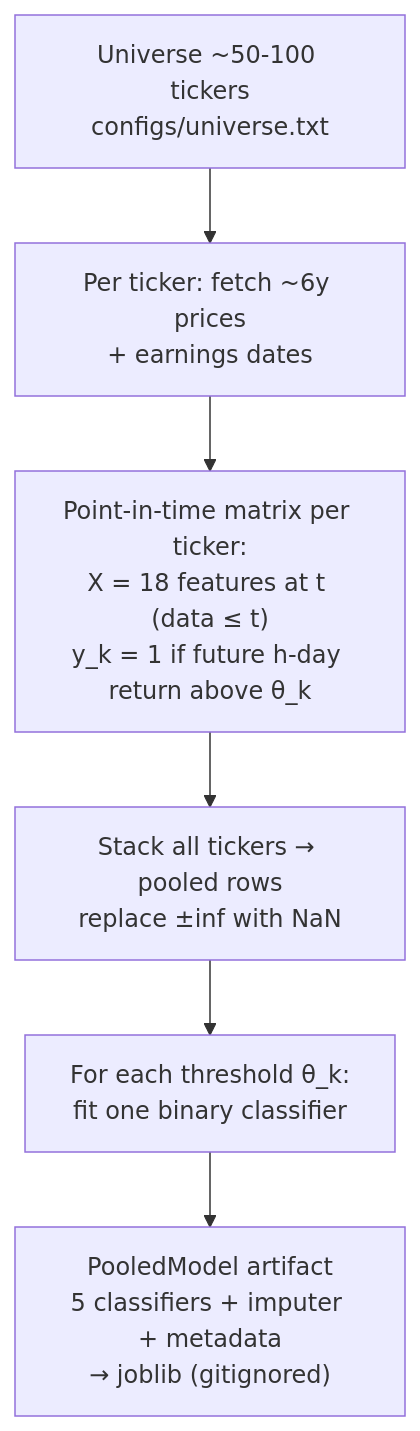
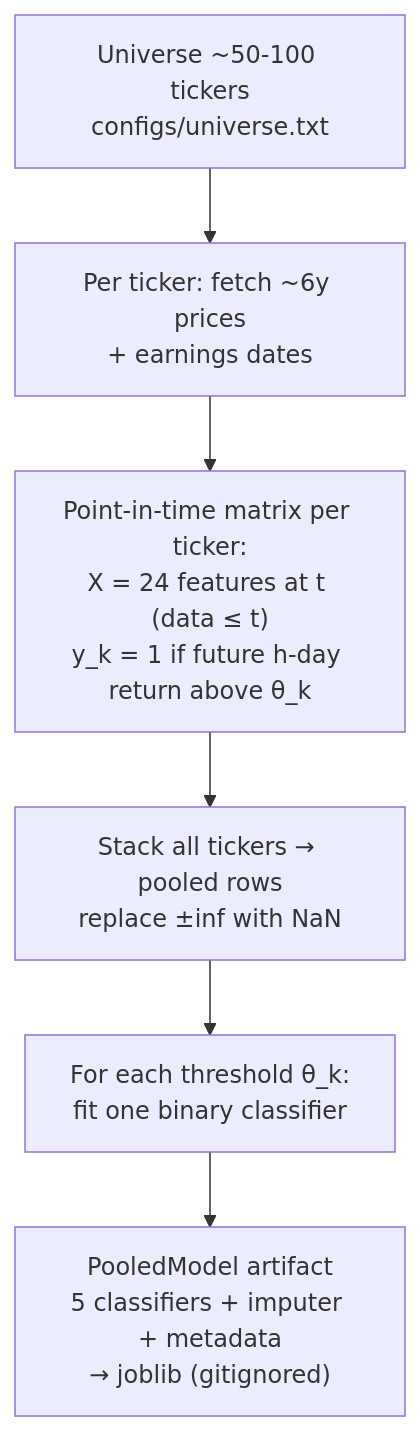
The sixth of 7 diagrams in docs/models_explanation.md (truongbnguyen88/ai-stock-analysis), drawn with Mermaid before and after one commit. The commit also changed other lines of this file and 6 other files, not shown here.

````diff
--- a/docs/models_explanation.md
+++ b/docs/models_explanation.md
@@ -634,8 +650,8 @@
 ```mermaid
 flowchart TD
     U["Universe ~50-100 tickers<br/>configs/universe.txt"] --> FE["Per ticker: fetch ~6y prices<br/>+ earnings dates"]
-    FE --> PIT["Point-in-time matrix per ticker:<br/>X = 18 features at t (data ≤ t)<br/>y_k = 1 if future h-day return above θ_k"]
+    FE --> PIT["Point-in-time matrix per ticker:<br/>X = 24 features at t (data ≤ t)<br/>y_k = 1 if future h-day return above θ_k"]
     PIT --> ST["Stack all tickers → pooled rows<br/>replace ±inf with NaN"]
     ST --> FIT["For each threshold θ_k:<br/>fit one binary classifier"]
     FIT --> ART["PooledModel artifact<br/>5 classifiers + imputer + metadata<br/>→ joblib (gitignored)"]
 ```
````
